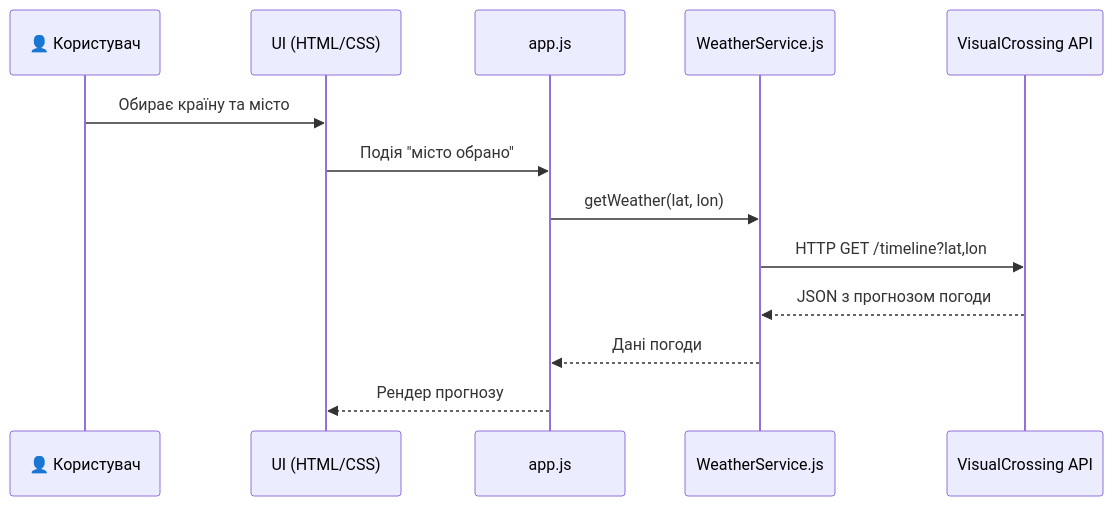
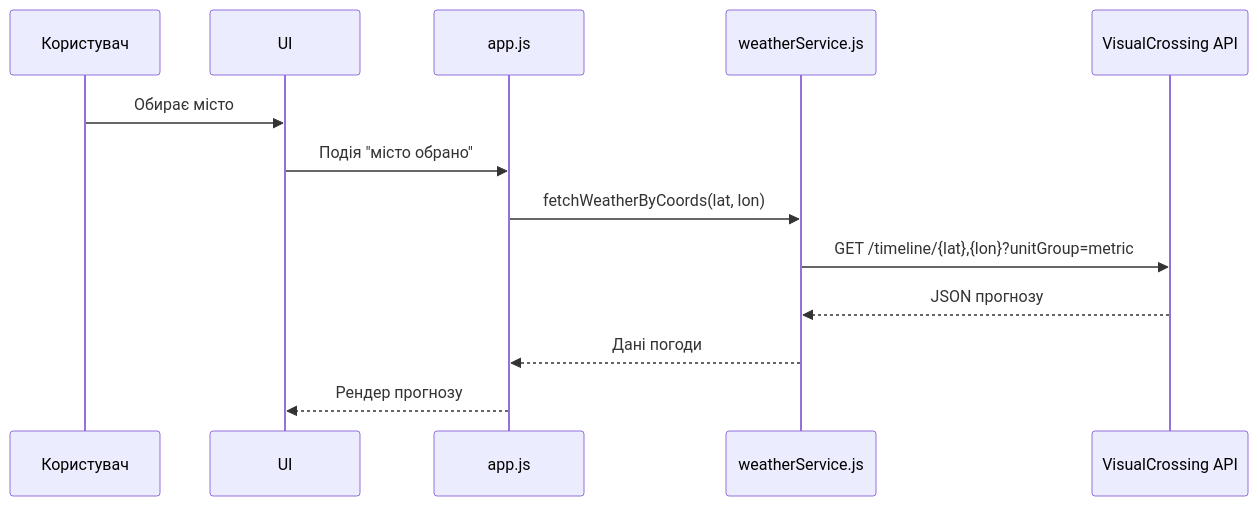
The second of 4 diagrams in docs/architecture.md (Qudass/NodeWeather), drawn with Mermaid before and after one commit. The commit also changed other lines of this file and 1 other file, not shown here.

Commit message:
docs: update architecture and data model diagrams

````diff
--- a/docs/architecture.md
+++ b/docs/architecture.md
@@ -87,16 +50,16 @@
 ```mermaid
 sequenceDiagram
-    participant User as 👤 Користувач
-    participant UI as UI (HTML/CSS)
+    participant User as Користувач
+    participant UI as UI
     participant App as app.js
-    participant WS as WeatherService.js
+    participant WS as weatherService.js
     participant VC as VisualCrossing API
 
-    User->>UI: Обирає країну та місто
+    User->>UI: Обирає місто
     UI->>App: Подія "місто обрано"
-    App->>WS: getWeather(lat, lon)
-    WS->>VC: HTTP GET /timeline?lat,lon
-    VC-->>WS: JSON з прогнозом погоди
+    App->>WS: fetchWeatherByCoords(lat, lon)
+    WS->>VC: GET /timeline/{lat},{lon}?unitGroup=metric
+    VC-->>WS: JSON прогнозу
     WS-->>App: Дані погоди
     App-->>UI: Рендер прогнозу
 ```
````
